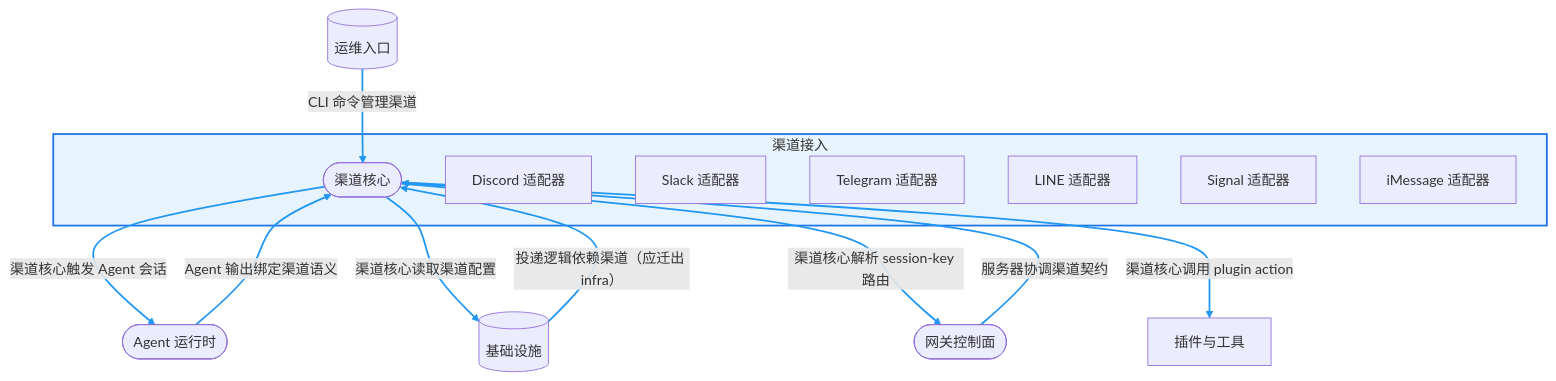
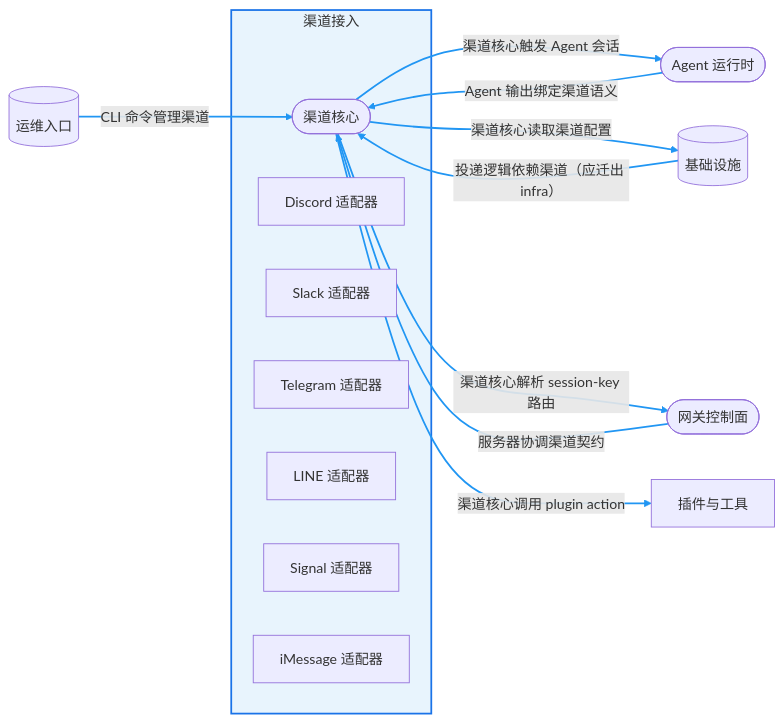
The fourth of 5 diagrams in compiler/bcc/examples/openclaw-arch/seed/v2.seed.mermaid.md (biantaishabi2/Cli), drawn with Mermaid before and after one commit. The commit also changed other lines of this file and 2 other files, not shown here.

Commit message:
feat: detail 图改为 graph LR 布局，外部模块分列两边 (#445)

````diff
--- a/compiler/bcc/examples/openclaw-arch/seed/v2.seed.mermaid.md
+++ b/compiler/bcc/examples/openclaw-arch/seed/v2.seed.mermaid.md
@@ -221,28 +182,28 @@
 ```mermaid
-graph TD
+graph LR
   subgraph channel_ingress["渠道接入"]
     channel_core(["渠道核心"])
     channel_discord["Discord 适配器"]
     channel_slack["Slack 适配器"]
     channel_telegram["Telegram 适配器"]
     channel_line["LINE 适配器"]
     channel_signal["Signal 适配器"]
     channel_imessage["iMessage 适配器"]
   end
   style channel_ingress fill:#e8f4fd,stroke:#1a73e8,stroke-width:2px,stroke-dasharray:none
   agent_runtime(["Agent 运行时"])
   foundation_infra[("基础设施")]
   gateway_control_plane(["网关控制面"])
   ops_client_entry[("运维入口")]
   plugin_tool_extension["插件与工具"]
 
   agent_runtime -->|"Agent 输出绑定渠道语义"| channel_core
   channel_core -->|"渠道核心触发 Agent 会话"| agent_runtime
   gateway_control_plane -->|"服务器协调渠道契约"| channel_core
   channel_core -->|"渠道核心读取渠道配置"| foundation_infra
   channel_core -->|"渠道核心解析 session-key 路由"| gateway_control_plane
   channel_core -->|"渠道核心调用 plugin action"| plugin_tool_extension
   foundation_infra -->|"投递逻辑依赖渠道（应迁出 infra）"| channel_core
   ops_client_entry -->|"CLI 命令管理渠道"| channel_core
   linkStyle 0,1,2,3,4,5,6,7 stroke:#2196F3,stroke-width:2px
 ```
````
